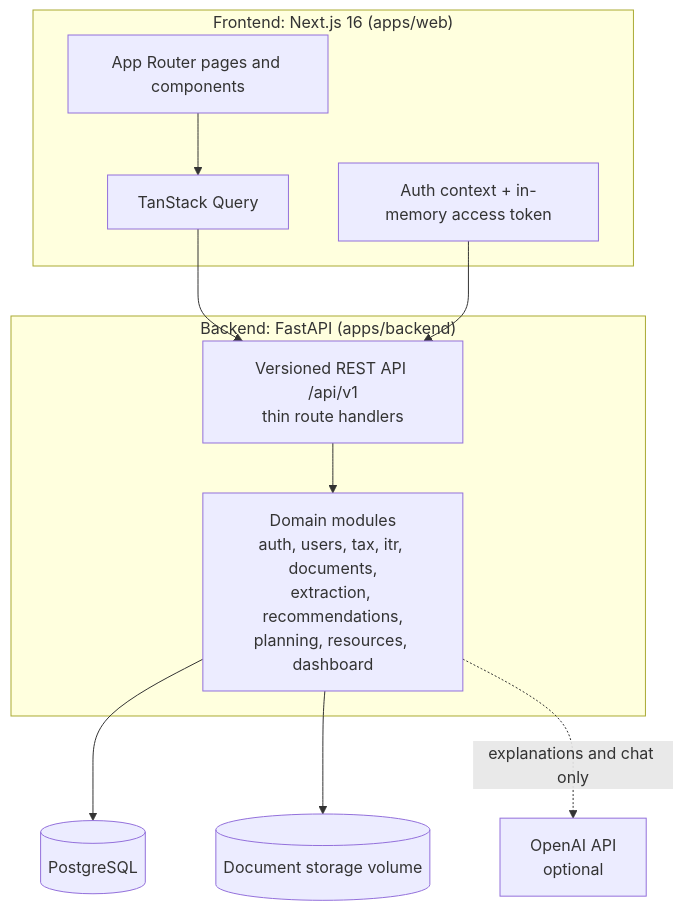
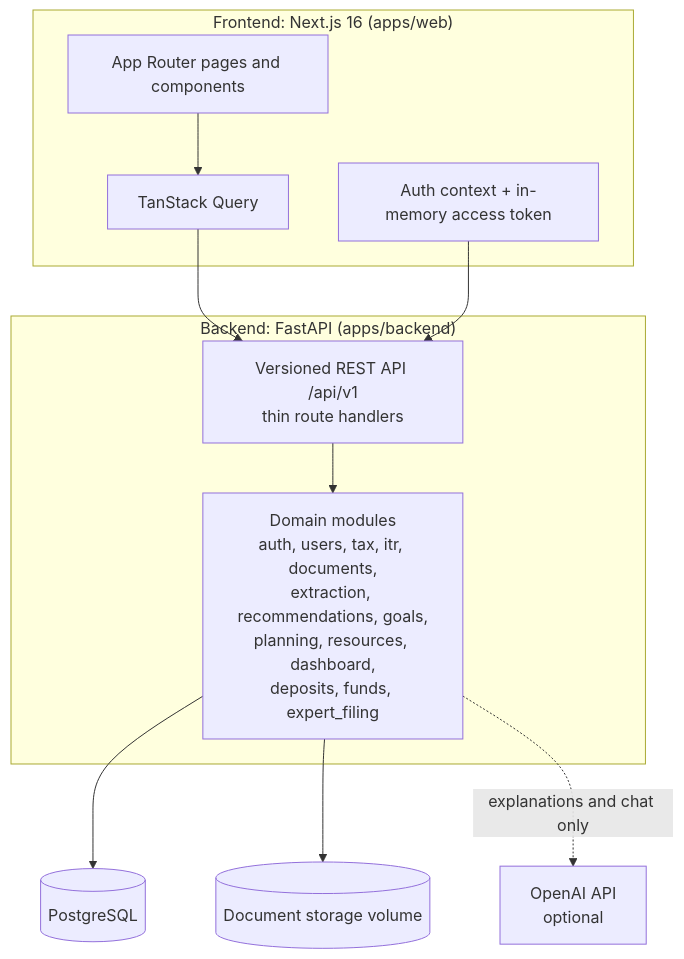
One commit to Srija-Chittaluru/MoneyMitra changed the second of 2 diagrams in README.md. Above: the diagram before and after it, drawn with Mermaid. The commit also changed other lines of this file and 5 other files, not shown here.

````diff
--- a/README.md
+++ b/README.md
@@ -439,24 +475,24 @@
 ```mermaid
 flowchart TB
     subgraph Client["Frontend: Next.js 16 (apps/web)"]
         UI[App Router pages and components]
         Q[TanStack Query]
         AC[Auth context + in-memory access token]
     end
 
     subgraph API["Backend: FastAPI (apps/backend)"]
         R[Versioned REST API /api/v1<br/>thin route handlers]
-        M[Domain modules<br/>auth, users, tax, itr, documents,<br/>extraction, recommendations,<br/>planning, resources, dashboard]
+        M[Domain modules<br/>auth, users, tax, itr, documents,<br/>extraction, recommendations, goals,<br/>planning, resources, dashboard,<br/>deposits, funds, expert_filing]
     end
 
     DB[(PostgreSQL)]
     FS[(Document storage volume)]
     AI[OpenAI API<br/>optional]
 
     UI --> Q --> R
     AC --> R
     R --> M
     M --> DB
     M --> FS
     M -.->|explanations and chat only| AI
 ```
````
